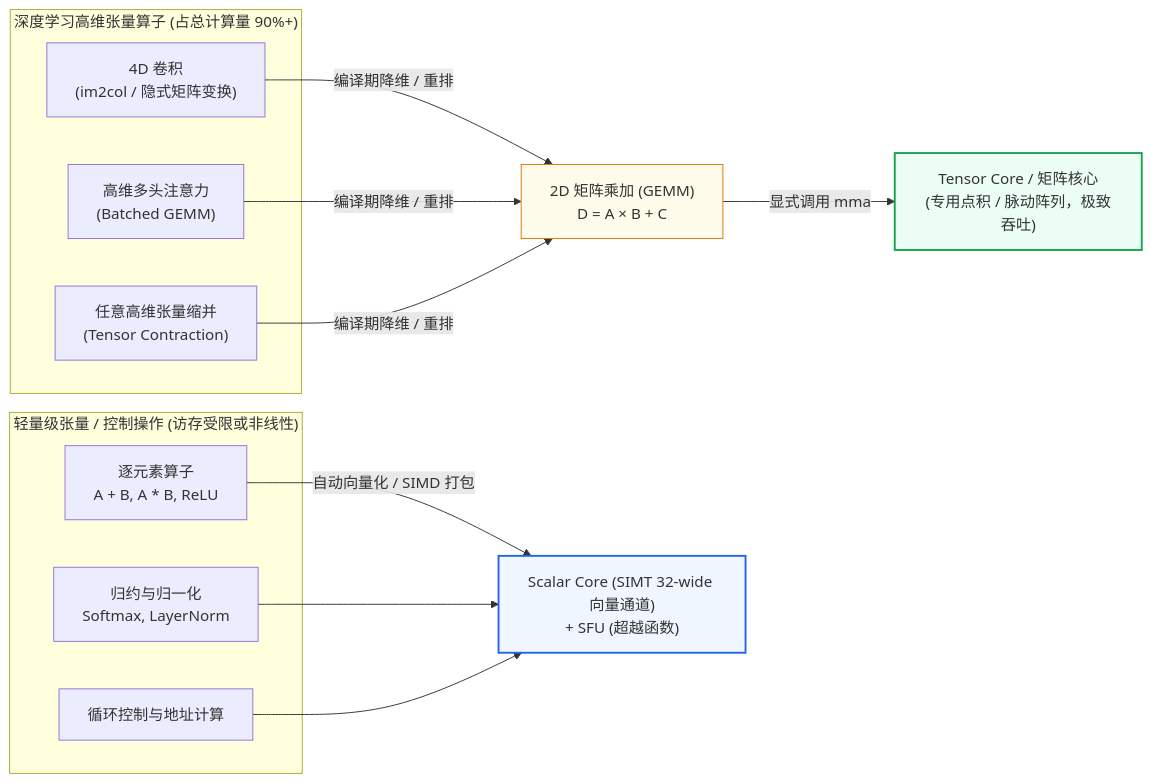
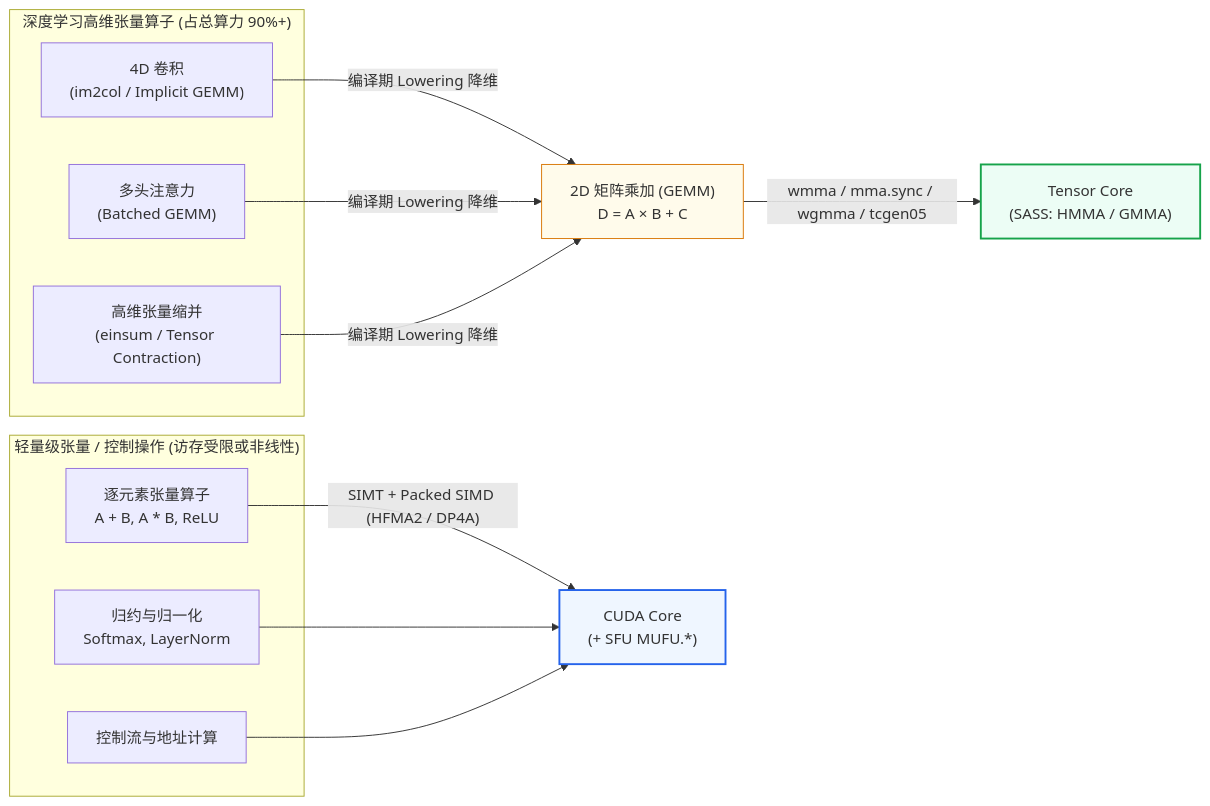
One commit to hqu-little-boy/blog changed the seventh of 7 diagrams in src/content/posts/gpu-heterogeneous-cores-programming-and-tensor-core-architecture-guide.md. Above: the diagram before and after it, drawn with Mermaid. The commit also changed other lines of this file, not shown here.

Commit message:
docs: 恢复 NVIDIA GPU 真实架构、CUDA/PTX/SASS 与官方 API/SDK 完整细节

````diff
--- a/src/content/posts/gpu-heterogeneous-cores-programming-and-tensor-core-architecture-guide.md
+++ b/src/content/posts/gpu-heterogeneous-cores-programming-and-tensor-core-architecture-guide.md
@@ -670,27 +615,27 @@
 ```mermaid
 flowchart LR
-    subgraph HighDim["深度学习高维张量算子 (占总计算量 90%+)"]
-        Conv["4D 卷积<br/>(im2col / 隐式矩阵变换)"]
-        Attn["高维多头注意力<br/>(Batched GEMM)"]
-        Einsum["任意高维张量缩并<br/>(Tensor Contraction)"]
+    subgraph HighDim["深度学习高维张量算子 (占总算力 90%+)"]
+        Conv["4D 卷积<br/>(im2col / Implicit GEMM)"]
+        Attn["多头注意力<br/>(Batched GEMM)"]
+        Einsum["高维张量缩并<br/>(einsum / Tensor Contraction)"]
     end
 
     subgraph Elem["轻量级张量 / 控制操作 (访存受限或非线性)"]
-        EW["逐元素算子<br/>A + B, A * B, ReLU"]
+        EW["逐元素张量算子<br/>A + B, A * B, ReLU"]
         Red["归约与归一化<br/>Softmax, LayerNorm"]
-        Ctrl["循环控制与地址计算"]
+        Ctrl["控制流与地址计算"]
     end
 
-    Conv -->|"编译期降维 / 重排"| GEMM["2D 矩阵乘加 (GEMM)<br/>D = A × B + C"]
-    Attn -->|"编译期降维 / 重排"| GEMM
-    Einsum -->|"编译期降维 / 重排"| GEMM
+    Conv -->|"编译期 Lowering 降维"| GEMM["2D 矩阵乘加 (GEMM)<br/>D = A × B + C"]
+    Attn -->|"编译期 Lowering 降维"| GEMM
+    Einsum -->|"编译期 Lowering 降维"| GEMM
 
-    GEMM -->|"显式调用 mma"| TC["Tensor Core / 矩阵核心<br/>(专用点积 / 脉动阵列，极致吞吐)"]
-    EW -->|"自动向量化 / SIMD 打包"| SC["Scalar Core (SIMT 32-wide 向量通道)<br/>+ SFU (超越函数)"]
-    Red --> SC
-    Ctrl --> SC
+    GEMM -->|"wmma / mma.sync / wgmma / tcgen05"| TC["Tensor Core<br/>(SASS: HMMA / GMMA)"]
+    EW -->|"SIMT + Packed SIMD (HFMA2 / DP4A)"| CC["CUDA Core<br/>(+ SFU MUFU.*)"]
+    Red --> CC
+    Ctrl --> CC
 
     style TC fill:#ecfdf5,stroke:#16a34a,stroke-width:2px
-    style SC fill:#eff6ff,stroke:#2563eb,stroke-width:2px
+    style CC fill:#eff6ff,stroke:#2563eb,stroke-width:2px
     style GEMM fill:#fffbeb,stroke:#d97706
 ```
````
